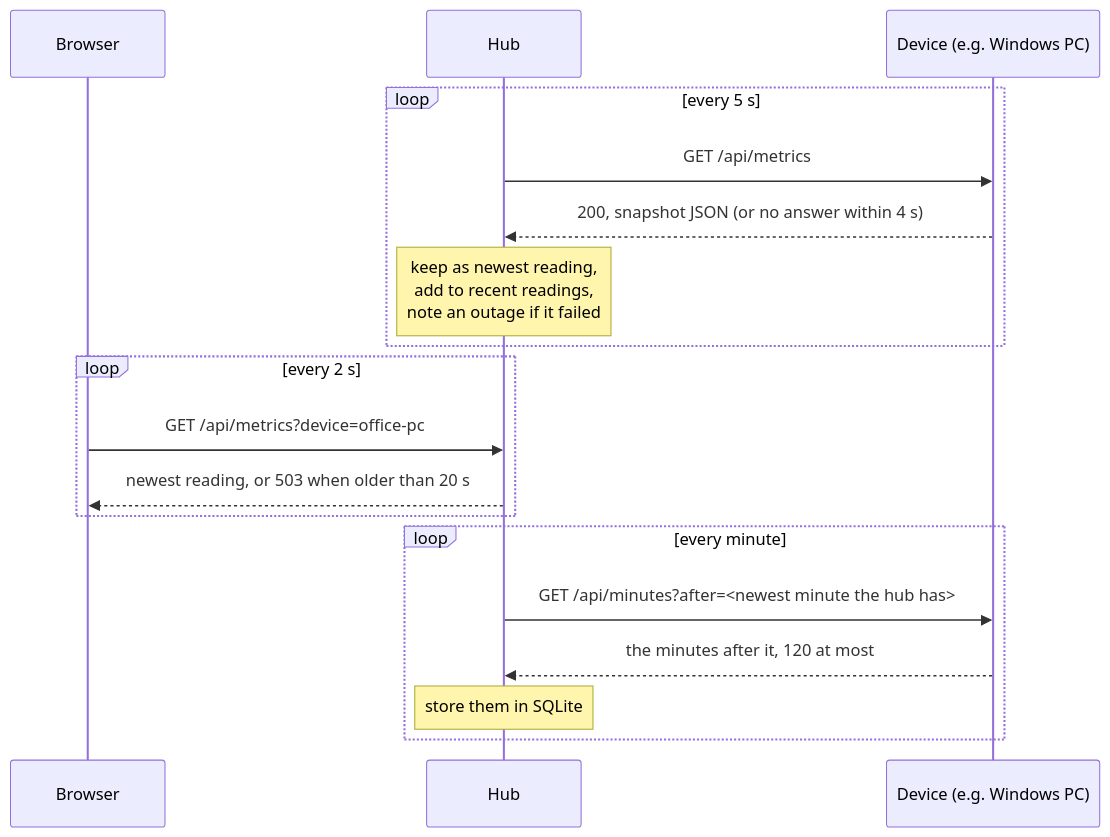
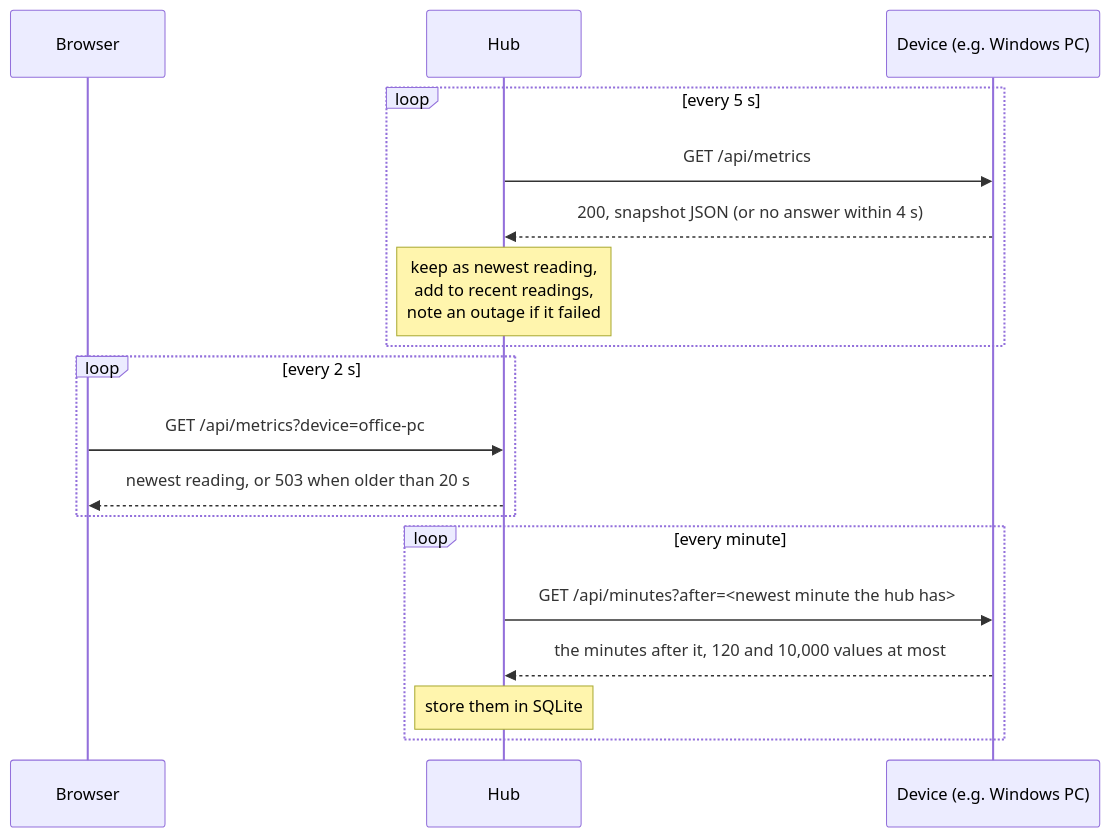
The third of 3 diagrams in docs/architecture.md (Chriszly/usage-control), drawn with Mermaid before and after one commit. The commit also changed other lines of this file and 17 other files, not shown here.

````diff
--- a/docs/architecture.md
+++ b/docs/architecture.md
@@ -121,20 +121,20 @@
 ```mermaid
 sequenceDiagram
     participant B as Browser
     participant H as Hub
     participant D as Device (e.g. Windows PC)
     loop every 5 s
         H->>D: GET /api/metrics
         D-->>H: 200, snapshot JSON (or no answer within 4 s)
         Note over H: keep as newest reading,<br/>add to recent readings,<br/>note an outage if it failed
     end
     loop every 2 s
         B->>H: GET /api/metrics?device=office-pc
         H-->>B: newest reading, or 503 when older than 20 s
     end
     loop every minute
         H->>D: GET /api/minutes?after=<newest minute the hub has>
-        D-->>H: the minutes after it, 120 at most
+        D-->>H: the minutes after it, 120 and 10,000 values at most
         Note over H: store them in SQLite
     end
 ```
````
